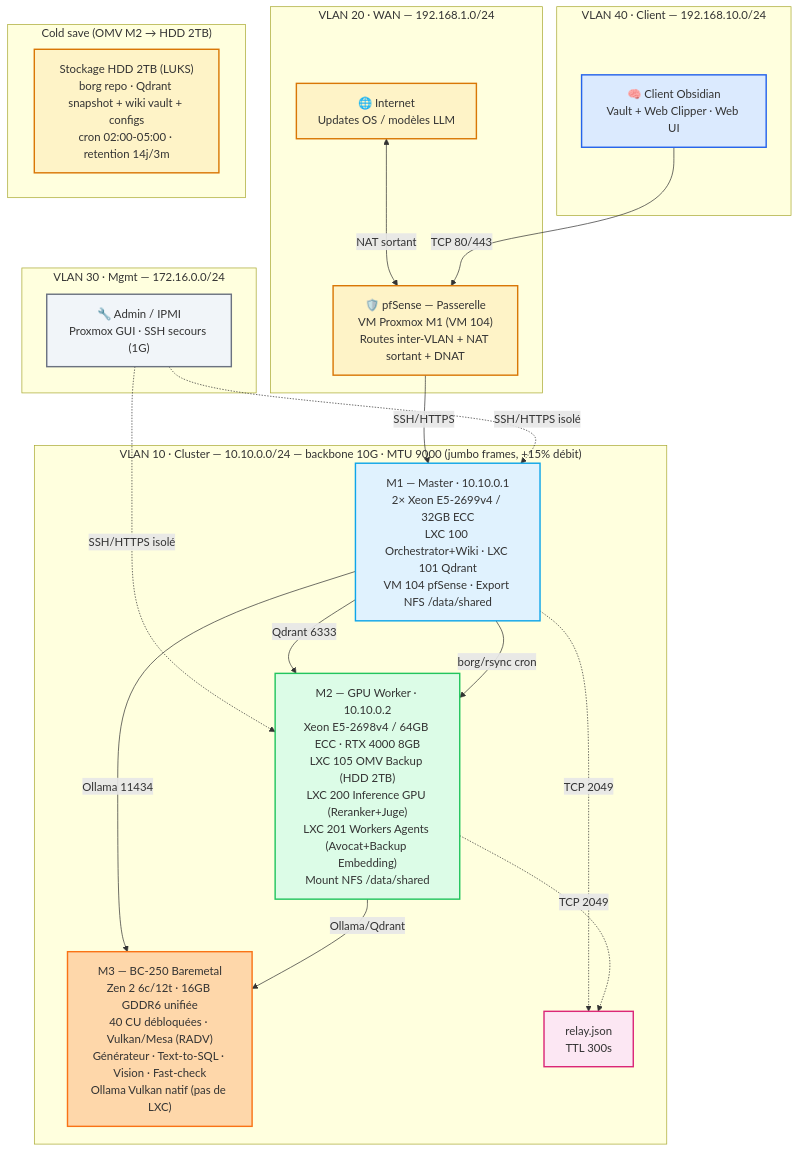
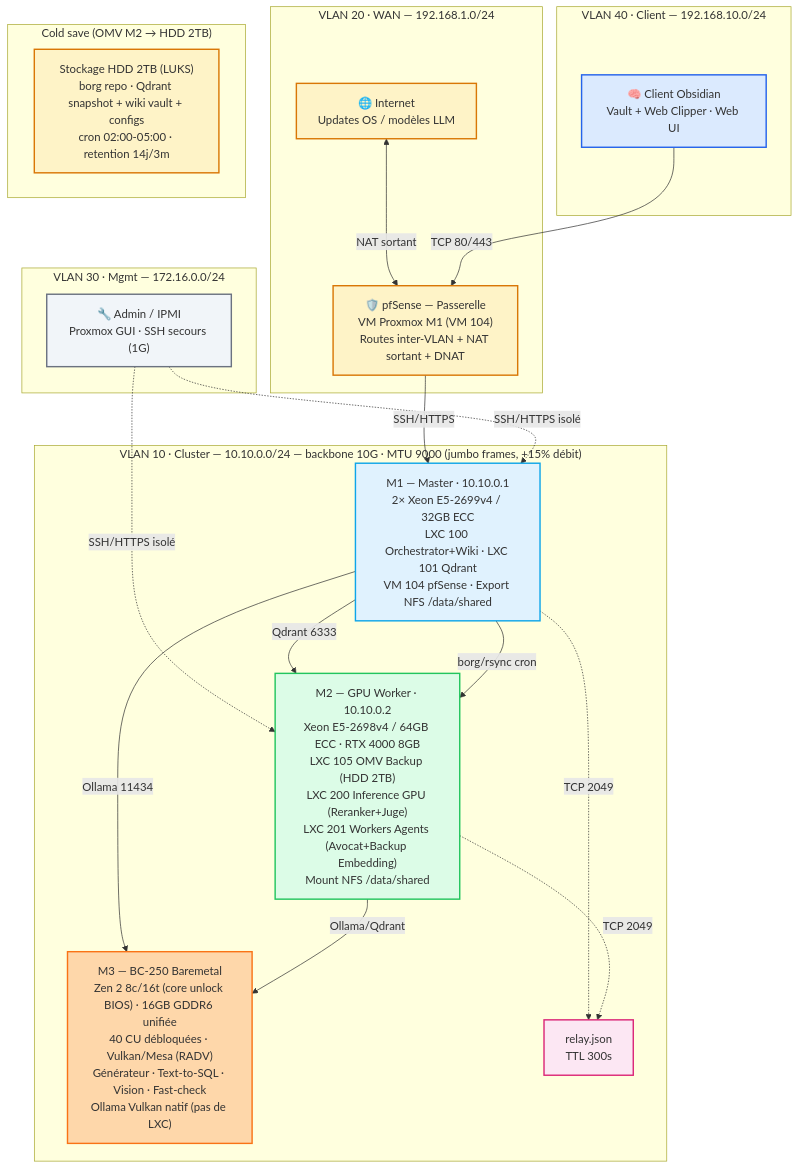
One commit to chelmooz/rag-multi-agent-cluster changed the diagram in docs/diagrams/05-network-topology.md. Above: the diagram before and after it, drawn with Mermaid. The commit also changed 8 other files, not shown here.

Commit message:
docs: BIOS Forbidden-Darkness = image complète (P3.00 inutile en préalable) + harmonisation mermaid/OS

````diff
--- a/docs/diagrams/05-network-topology.md
+++ b/docs/diagrams/05-network-topology.md
@@ -1,47 +1,47 @@
 ```mermaid
 flowchart TB
     classDef wan fill:#fef3c7,stroke:#d97706,stroke-width:2px
     classDef client fill:#dbeafe,stroke:#2563eb,stroke-width:2px
     classDef mgmt fill:#f1f5f9,stroke:#6b7280,stroke-width:2px
     classDef m1 fill:#e0f2fe,stroke:#0ea5e9,stroke-width:2px
     classDef m2 fill:#dcfce7,stroke:#22c55e,stroke-width:2px
     classDef m3 fill:#fed7aa,stroke:#f97316,stroke-width:2px
     classDef relay fill:#fce7f3,stroke:#db2777,stroke-width:2px
     classDef cold fill:#fef3c7,stroke:#d97706,stroke-width:2px
 
     subgraph VLAN20["VLAN 20 · WAN — 192.168.1.0/24"]
         Internet["🌐 Internet<br/>Updates OS / modèles LLM"]:::wan
         pfSense["🛡️ pfSense — Passerelle<br/>VM Proxmox M1 (VM 104)<br/>Routes inter-VLAN + NAT sortant + DNAT"]:::wan
     end
 
     subgraph VLAN40["VLAN 40 · Client — 192.168.10.0/24"]
         Obsidian["🧠 Client Obsidian<br/>Vault + Web Clipper · Web UI"]:::client
     end
 
     subgraph VLAN30["VLAN 30 · Mgmt — 172.16.0.0/24"]
         Admin["🔧 Admin / IPMI<br/>Proxmox GUI · SSH secours (1G)"]:::mgmt
     end
 
     subgraph VLAN10["VLAN 10 · Cluster — 10.10.0.0/24 — backbone 10G · MTU 9000 (jumbo frames, +15% débit)"]
         M1["M1 — Master · 10.10.0.1<br/>2× Xeon E5-2699v4 / 32GB ECC<br/>LXC 100 Orchestrator+Wiki · LXC 101 Qdrant<br/>VM 104 pfSense · Export NFS /data/shared"]:::m1
         M2["M2 — GPU Worker · 10.10.0.2<br/>Xeon E5-2698v4 / 64GB ECC · RTX 4000 8GB<br/>LXC 105 OMV Backup (HDD 2TB)<br/>LXC 200 Inference GPU (Reranker+Juge)<br/>LXC 201 Workers Agents (Avocat+Backup Embedding)<br/>Mount NFS /data/shared"]:::m2
-        M3["M3 — BC-250 Baremetal<br/>Zen 2 6c/12t · 16GB GDDR6 unifiée<br/>40 CU débloquées · Vulkan/Mesa (RADV)<br/>Générateur · Text-to-SQL · Vision · Fast-check<br/>Ollama Vulkan natif (pas de LXC)"]:::m3
+        M3["M3 — BC-250 Baremetal<br/>Zen 2 8c/16t (core unlock BIOS) · 16GB GDDR6 unifiée<br/>40 CU débloquées · Vulkan/Mesa (RADV)<br/>Générateur · Text-to-SQL · Vision · Fast-check<br/>Ollama Vulkan natif (pas de LXC)"]:::m3
         Relay["relay.json<br/>TTL 300s"]:::relay
     end
 
     subgraph COLDBOX["Cold save (OMV M2 → HDD 2TB)"]
         HDD["Stockage HDD 2TB (LUKS)<br/>borg repo · Qdrant snapshot + wiki vault + configs<br/>cron 02:00-05:00 · retention 14j/3m"]:::cold
     end
 
     Internet <--> |NAT sortant| pfSense
     Obsidian -->|TCP 80/443| pfSense
     pfSense -->|SSH/HTTPS| M1
     Admin -.->|SSH/HTTPS isolé| M1
     Admin -.->|SSH/HTTPS isolé| M2
     M1 -->|Qdrant 6333| M2
     M1 -->|Ollama 11434| M3
     M2 -->|Ollama/Qdrant| M3
     M1 -.->|TCP 2049| Relay
     M2 -.->|TCP 2049| Relay
     M1 -->|borg/rsync cron| M2
 ```
````
